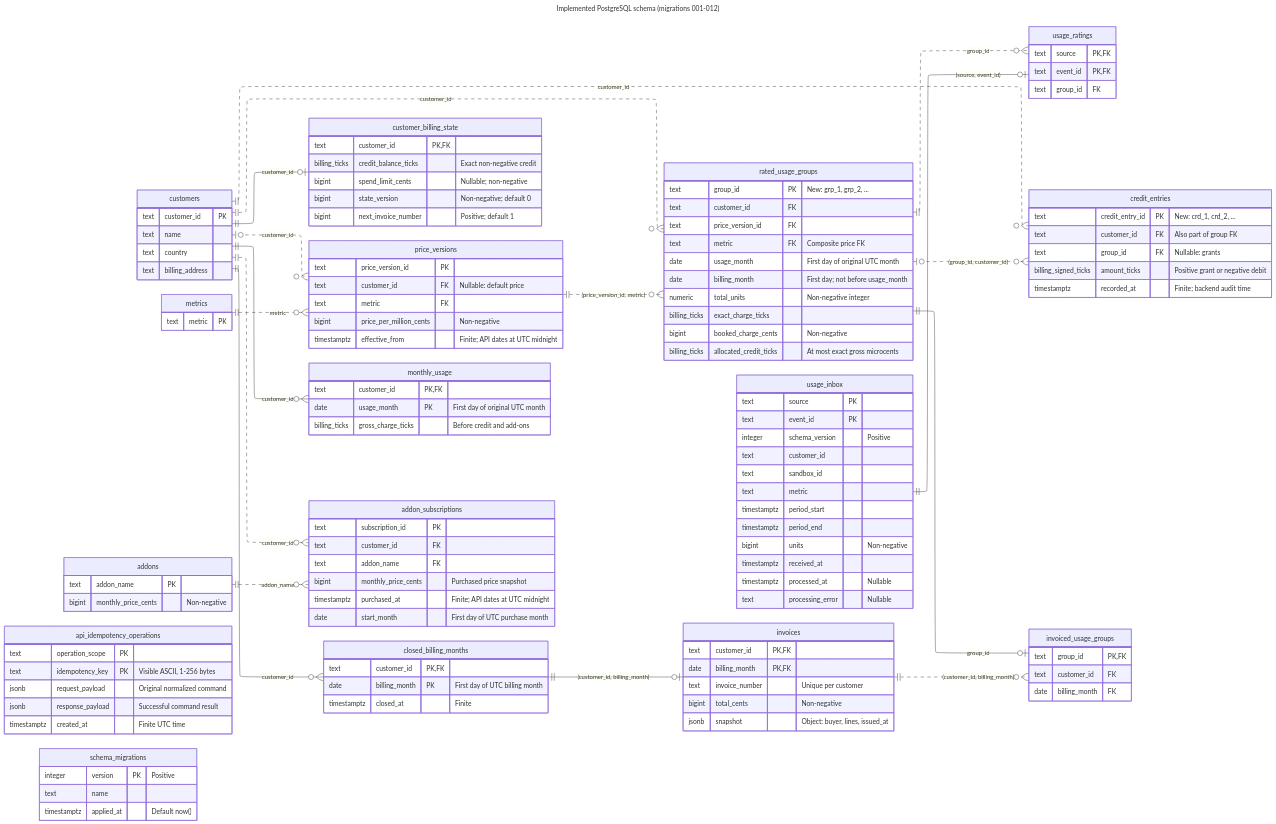
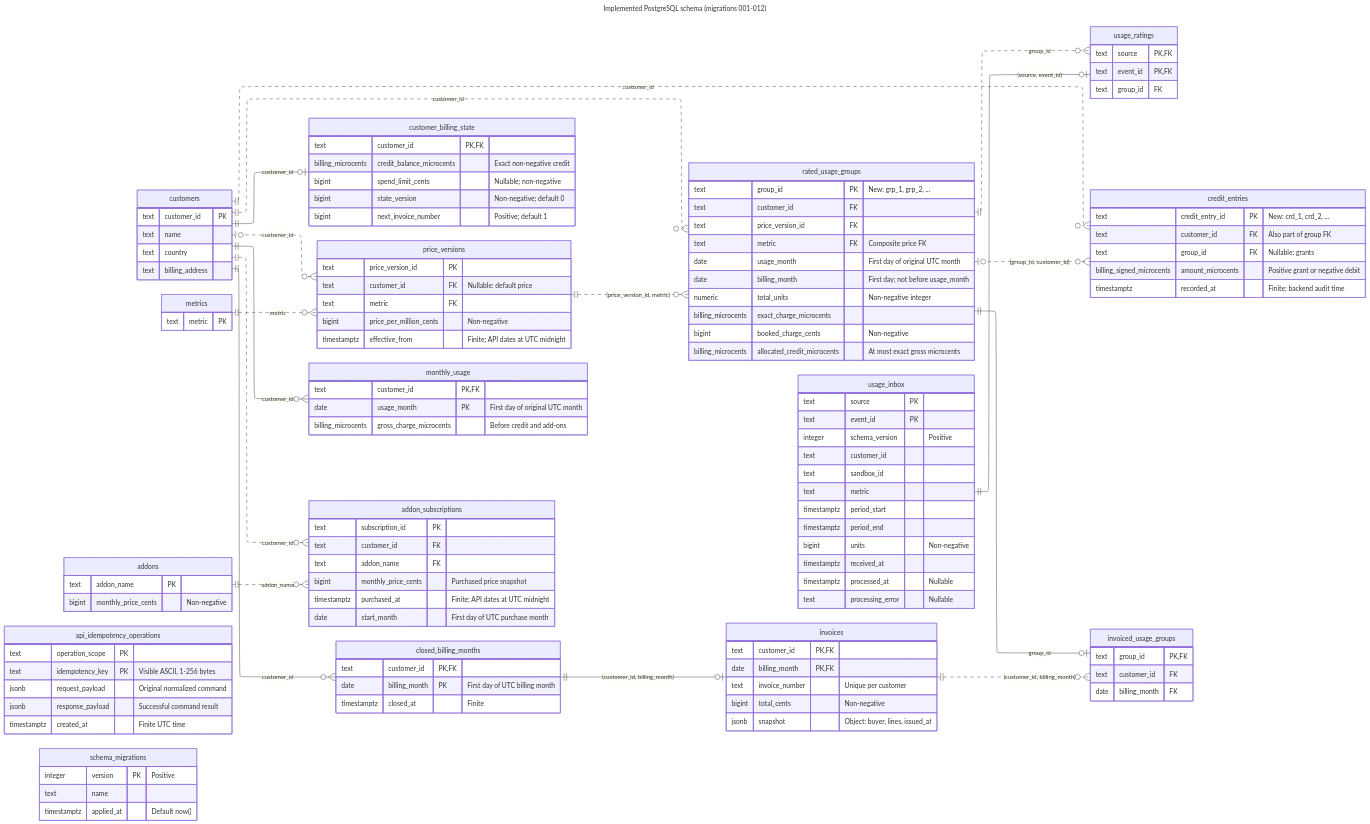
The diagram in docs/diagrams/implemented-data-model/implemented-data-model.mmd (pupitooo/e2b-billing-api), drawn with Mermaid before and after one commit. The commit also changed 77 other files, not shown here.

```diff
--- a/docs/diagrams/implemented-data-model/implemented-data-model.mmd
+++ b/docs/diagrams/implemented-data-model/implemented-data-model.mmd
@@ -1,161 +1,161 @@
 ---
 title: Implemented PostgreSQL schema (migrations 001-012)
 config:
   layout: elk
 ---
 erDiagram
     direction LR
 
     customers ||--o| customer_billing_state : customer_id
     customers |o..o{ price_versions : customer_id
     metrics ||..o{ price_versions : metric
     customers ||..o{ rated_usage_groups : customer_id
     price_versions ||..o{ rated_usage_groups : "(price_version_id, metric)"
     usage_inbox ||--o| usage_ratings : "(source, event_id)"
     rated_usage_groups ||..o{ usage_ratings : group_id
     customers ||--o{ monthly_usage : customer_id
     customers ||..o{ credit_entries : customer_id
     rated_usage_groups |o..o{ credit_entries : "(group_id, customer_id)"
     customers ||..o{ addon_subscriptions : customer_id
     addons ||..o{ addon_subscriptions : addon_name
 
     customers ||--o{ closed_billing_months : customer_id
     closed_billing_months ||--o| invoices : "(customer_id, billing_month)"
     invoices ||..o{ invoiced_usage_groups : "(customer_id, billing_month)"
     rated_usage_groups ||--o| invoiced_usage_groups : group_id
 
     usage_inbox {
         text source PK
         text event_id PK
         integer schema_version "Positive"
         text customer_id
         text sandbox_id
         text metric
         timestamptz period_start
         timestamptz period_end
         bigint units "Non-negative"
         timestamptz received_at
         timestamptz processed_at "Nullable"
         text processing_error "Nullable"
     }
     usage_ratings {
         text source PK,FK
         text event_id PK,FK
         text group_id FK
     }
     rated_usage_groups {
         text group_id PK "New: grp_1, grp_2, ..."
         text customer_id FK
         text price_version_id FK
         text metric FK "Composite price FK"
         date usage_month "First day of original UTC month"
         date billing_month "First day; not before usage_month"
         numeric total_units "Non-negative integer"
-        billing_ticks exact_charge_ticks
+        billing_microcents exact_charge_microcents
         bigint booked_charge_cents "Non-negative"
-        billing_ticks allocated_credit_ticks "At most exact gross microcents"
+        billing_microcents allocated_credit_microcents "At most exact gross microcents"
     }
     customers {
         text customer_id PK
         text name
         text country
         text billing_address
     }
     customer_billing_state {
         text customer_id PK,FK
-        billing_ticks credit_balance_ticks "Exact non-negative credit"
+        billing_microcents credit_balance_microcents "Exact non-negative credit"
         bigint spend_limit_cents "Nullable; non-negative"
         bigint state_version "Non-negative; default 0"
         bigint next_invoice_number "Positive; default 1"
     }
     metrics {
         text metric PK
     }
     price_versions {
         text price_version_id PK
         text customer_id FK "Nullable: default price"
         text metric FK
         bigint price_per_million_cents "Non-negative"
         timestamptz effective_from "Finite; API dates at UTC midnight"
     }
     monthly_usage {
         text customer_id PK,FK
         date usage_month PK "First day of original UTC month"
-        billing_ticks gross_charge_ticks "Before credit and add-ons"
+        billing_microcents gross_charge_microcents "Before credit and add-ons"
     }
     credit_entries {
         text credit_entry_id PK "New: crd_1, crd_2, ..."
         text customer_id FK "Also part of group FK"
         text group_id FK "Nullable: grants"
-        billing_signed_ticks amount_ticks "Positive grant or negative debit"
+        billing_signed_microcents amount_microcents "Positive grant or negative debit"
         timestamptz recorded_at "Finite; backend audit time"
     }
     addons {
         text addon_name PK
         bigint monthly_price_cents "Non-negative"
     }
     addon_subscriptions {
         text subscription_id PK
         text customer_id FK
         text addon_name FK
         bigint monthly_price_cents "Purchased price snapshot"
         timestamptz purchased_at "Finite; API dates at UTC midnight"
         date start_month "First day of UTC purchase month"
     }
     closed_billing_months {
         text customer_id PK,FK
         date billing_month PK "First day of UTC billing month"
         timestamptz closed_at "Finite"
     }
     invoices {
         text customer_id PK,FK
         date billing_month PK,FK
         text invoice_number "Unique per customer"
         bigint total_cents "Non-negative"
         jsonb snapshot "Object: buyer, lines, issued_at"
     }
     invoiced_usage_groups {
         text group_id PK,FK
         text customer_id FK
         date billing_month FK
     }
     api_idempotency_operations {
         text operation_scope PK
         text idempotency_key PK "Visible ASCII, 1-256 bytes"
         jsonb request_payload "Original normalized command"
         jsonb response_payload "Successful command result"
         timestamptz created_at "Finite UTC time"
     }
     schema_migrations {
         integer version PK "Positive"
         text name
         timestamptz applied_at "Default now()"
     }
 
     %% This diagram covers all 16 tables after migrate.sql and migrations 001-012.
     %% All columns are NOT NULL unless explicitly labeled Nullable.
     %% PK and FK markers identify membership in primary and foreign keys, including composite keys.
     %% Solid relationships include parent identity in the child's primary key; dashed ones do not.
     %% Edges show declared foreign keys only; usage_inbox has no customer or metric FK.
-    %% billing_ticks is numeric constrained to non-negative finite integers; 1 cent = 1_000_000 microcents.
-    %% billing_signed_ticks is numeric constrained to signed finite integers for credit history.
+    %% billing_microcents is numeric constrained to non-negative finite integers; 1 cent = 1_000_000 microcents.
+    %% billing_signed_microcents is numeric constrained to signed finite integers for credit history.
     %% price_versions UNIQUE NULLS NOT DISTINCT: (customer_id, metric, effective_from).
     %% price_versions UNIQUE: (price_version_id, metric).
     %% rated_usage_groups UNIQUE: (customer_id, price_version_id, usage_month, billing_month).
     %% rated_usage_groups UNIQUE: (group_id, customer_id).
     %% addon_subscriptions UNIQUE: (customer_id, addon_name).
     %% invoices UNIQUE: (customer_id, invoice_number).
     %% price_versions, usage_ratings, and credit_entries reject updates and deletes through triggers.
     %% Closed months, API commands, invoices and invoiced groups reject updates and deletes.
     %% Triggers also preserve group identity and validate receipt customer, metric, and UTC month.
     %% A group referenced by invoiced_usage_groups rejects updates and deletes.
     %% InvoiceLine values are stored in invoices.snapshot.lines; there is no invoice_lines table.
     %% No extra FK matches invoiced_usage_groups customer/month to the group's customer/month.
     %% Those ownership checks belong to the closing transaction; edges show only declared FKs.
 
     %% api_idempotency_operations has no resource FK: the immutable result is a JSON snapshot.
     %% Prices, add-ons, credit grants and limit changes share this history; caller keys never become internal IDs.
     %% Scoped operation history rejects updates and deletes; financial effects and results commit together.
 
     %% Migration 012 adds owned, noncycling bigint sequences for new group and credit IDs.
     %% Existing IDs and references remain intact; rollback can leave sequence gaps.
```
